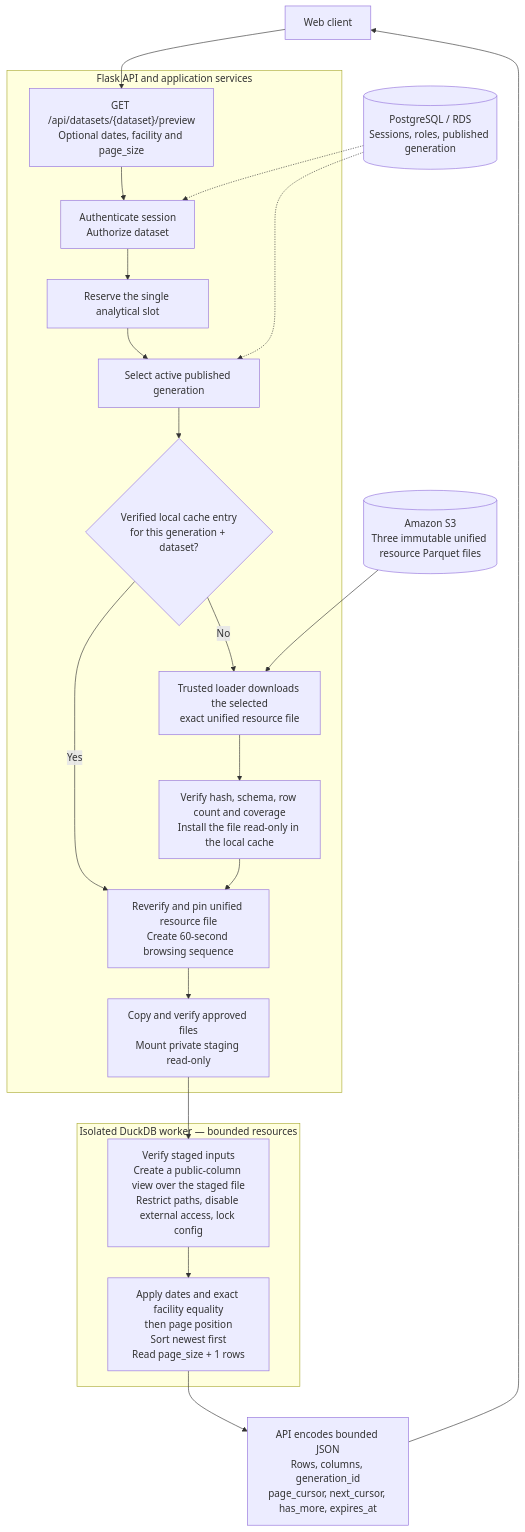
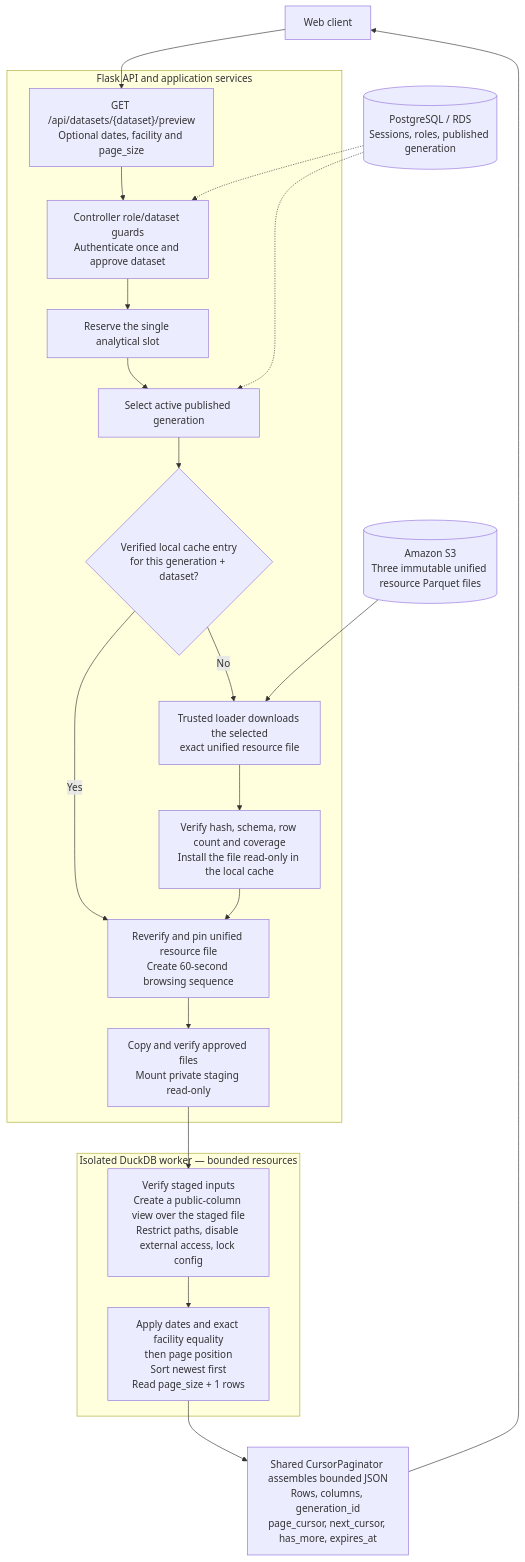
The first of 2 diagrams in docs/specs/data-api/preview-flow.md (PedroEdu6786/outage-explorer), drawn with Mermaid before and after one commit. The commit also changed other lines of this file and 30 other files, not shown here.

First line of the commit message:
refactor(query): share cursor pagination and guard preview access

````diff
--- a/docs/specs/data-api/preview-flow.md
+++ b/docs/specs/data-api/preview-flow.md
@@ -25,28 +25,28 @@
 ```mermaid
 flowchart TD
     Client["Web client"] --> Endpoint["GET /api/datasets/{dataset}/preview<br/>Optional dates, facility and page_size"]
 
     subgraph Backend["Flask API and application services"]
-        Endpoint --> Auth["Authenticate session<br/>Authorize dataset"]
+        Endpoint --> Auth["Controller role/dataset guards<br/>Authenticate once and approve dataset"]
         Auth --> Slot["Reserve the single analytical slot"]
         Slot --> Snapshot["Select active published generation"]
         Snapshot --> Hit{"Verified local cache entry<br/>for this generation + dataset?"}
         Hit -->|Yes| Pin["Reverify and pin unified resource file<br/>Create 60-second browsing sequence"]
         Hit -->|No| Download["Trusted loader downloads the selected<br/>exact unified resource file"]
         Download --> Prepare["Verify hash, schema, row count and coverage<br/>Install the file read-only in the local cache"]
         Prepare --> Pin
         Pin --> Stage["Copy and verify approved files<br/>Mount private staging read-only"]
     end
 
     PG[("PostgreSQL / RDS<br/>Sessions, roles, published generation")] -.-> Auth
     PG -.-> Snapshot
     S3[("Amazon S3<br/>Three immutable unified resource Parquet files")] --> Download
 
     subgraph Worker["Isolated DuckDB worker — bounded resources"]
         Stage --> Load["Verify staged inputs<br/>Create a public-column view over the staged file<br/>Restrict paths, disable external access, lock config"]
         Load --> Query["Apply dates and exact facility equality<br/>then page position<br/>Sort newest first<br/>Read page_size + 1 rows"]
     end
 
-    Query --> Response["API encodes bounded JSON<br/>Rows, columns, generation_id<br/>page_cursor, next_cursor, has_more, expires_at"]
+    Query --> Response["Shared CursorPaginator assembles bounded JSON<br/>Rows, columns, generation_id<br/>page_cursor, next_cursor, has_more, expires_at"]
     Response --> Client
 ```
````
